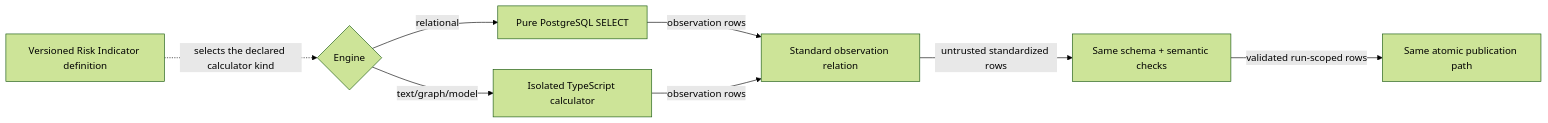
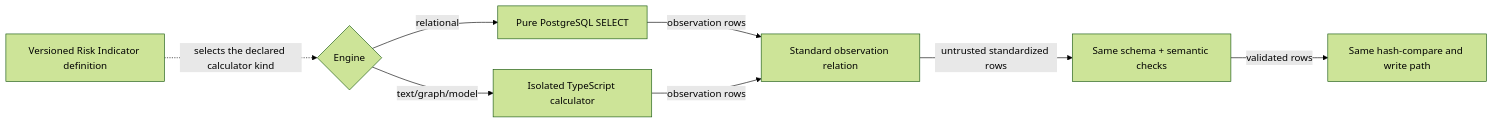
One commit to Viespirkiu-grupe/viespirkiai changed the fifth of 6 diagrams in docs/indicators-story/risk-indicators-public-page-and-maintenance.md. Above: the diagram before and after it, drawn with Mermaid (forest theme). The commit also changed other lines of this file and 2 other files, not shown here.

````diff
--- a/docs/indicators-story/risk-indicators-public-page-and-maintenance.md
+++ b/docs/indicators-story/risk-indicators-public-page-and-maintenance.md
@@ -866,10 +883,10 @@
 ```mermaid
 flowchart LR
     M[Versioned Risk Indicator definition] -.->|selects the declared calculator kind| E{Engine}
     E -->|relational| S[Pure PostgreSQL SELECT]
     E -->|text/graph/model| C[Isolated TypeScript calculator]
     S -->|observation rows| O[Standard observation relation]
     C -->|observation rows| O
     O -->|untrusted standardized rows| V[Same schema + semantic checks]
-    V -->|validated run-scoped rows| P[Same atomic publication path]
+    V -->|validated rows| P[Same hash-compare and write path]
 ```
````
